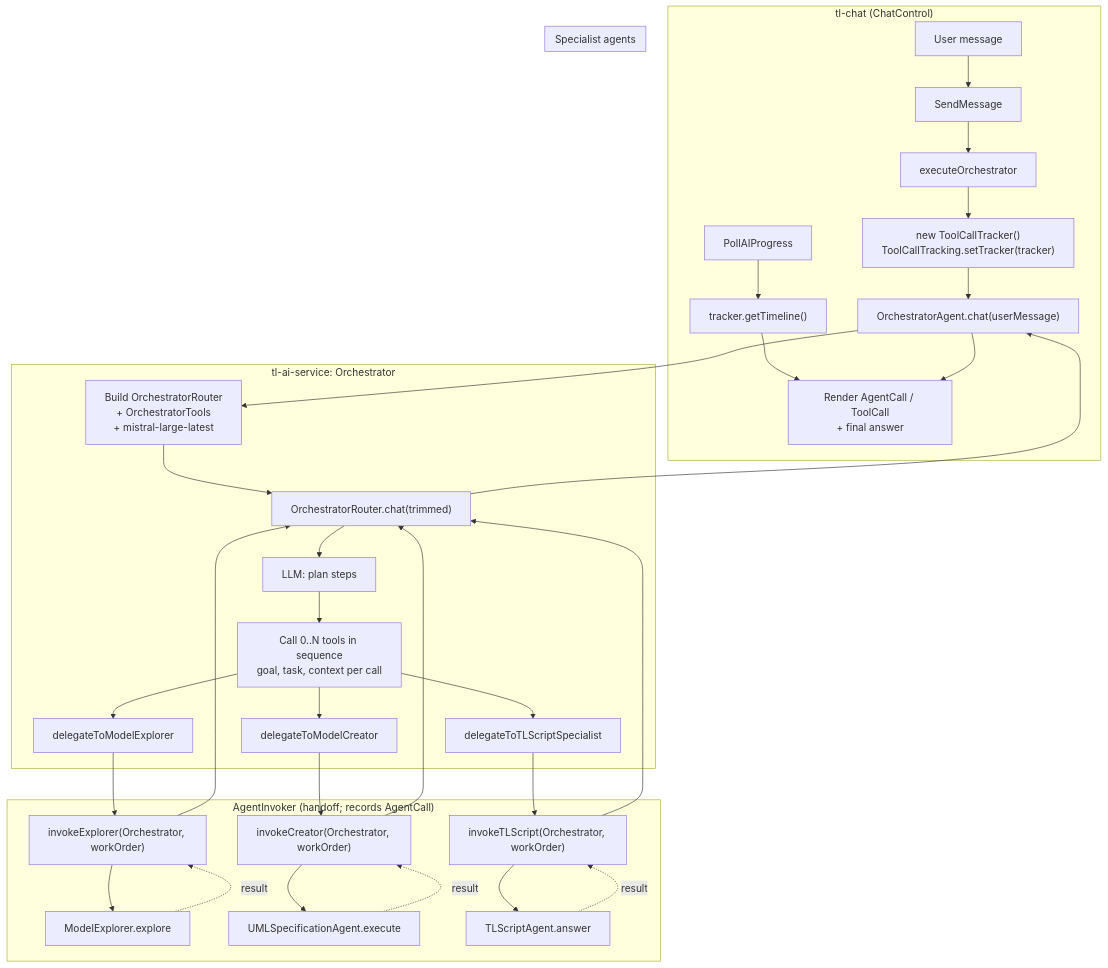
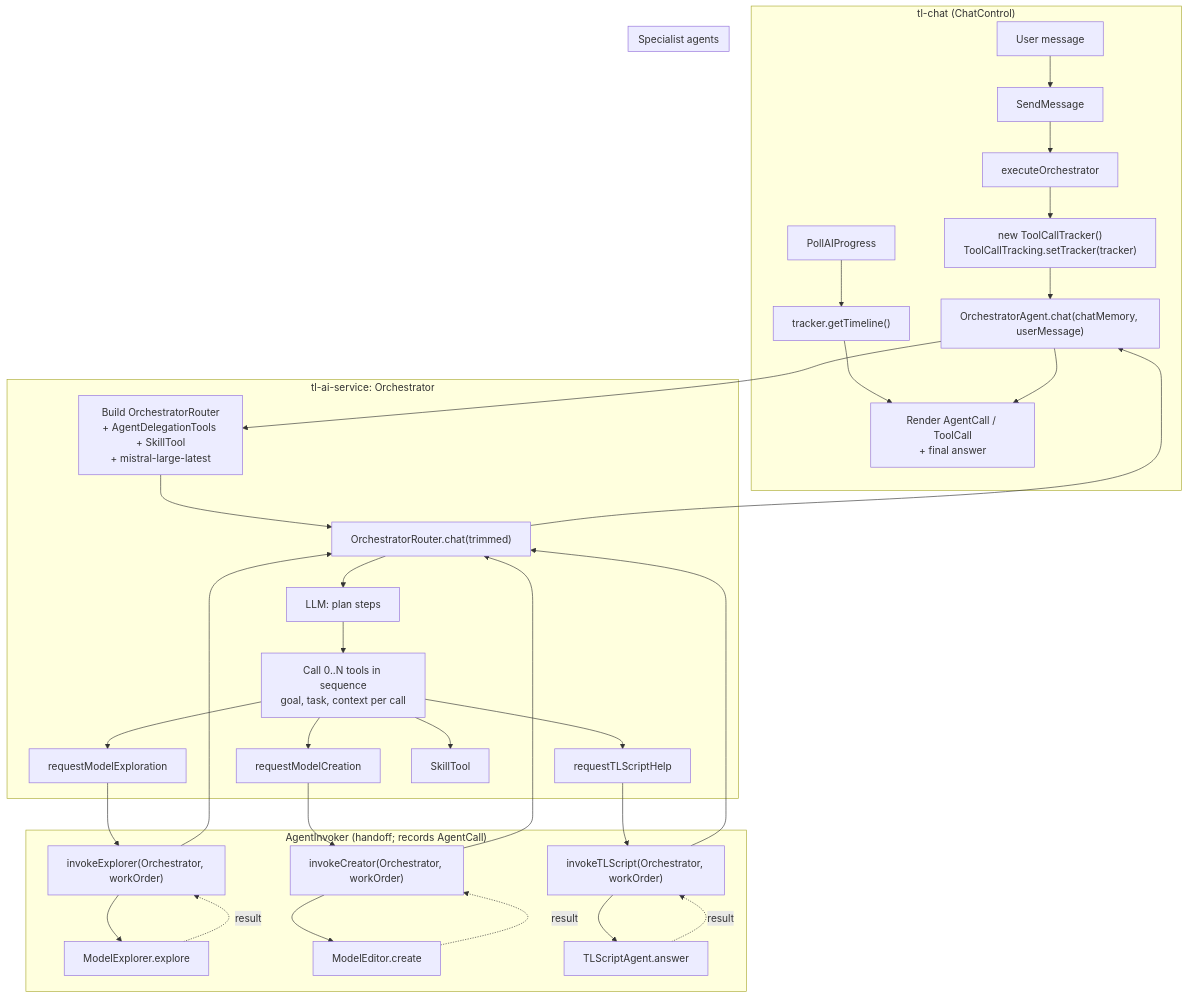
The diagram in tl-ai-service/CLAUDE.md (top-logic/tl-engine), drawn with Mermaid before and after one commit. The commit also changed other lines of this file and 3 other files, not shown here.

````diff
--- a/tl-ai-service/CLAUDE.md
+++ b/tl-ai-service/CLAUDE.md
@@ -26,46 +26,47 @@
 ```mermaid
 flowchart TB
     subgraph UI["tl-chat (ChatControl)"]
         U[User message]
         U --> Send[SendMessage]
         Send --> Exec[executeOrchestrator]
         Exec --> Tracker["new ToolCallTracker()<br/>ToolCallTracking.setTracker(tracker)"]
-        Tracker --> OChat["OrchestratorAgent.chat(userMessage)"]
+        Tracker --> OChat["OrchestratorAgent.chat(chatMemory, userMessage)"]
         Poll["PollAIProgress"] --> Timeline["tracker.getTimeline()"]
         Timeline --> Render["Render AgentCall / ToolCall<br/>+ final answer"]
     end
 
     subgraph Orch["tl-ai-service: Orchestrator"]
-        OChat --> Build["Build OrchestratorRouter<br/>+ OrchestratorTools<br/>+ mistral-large-latest"]
+        OChat --> Build["Build OrchestratorRouter<br/>+ AgentDelegationTools + SkillTool<br/>+ mistral-large-latest"]
         Build --> Router["OrchestratorRouter.chat(trimmed)"]
         Router --> LLM["LLM: plan steps"]
         LLM --> Tool["Call 0..N tools in sequence<br/>goal, task, context per call"]
-        Tool --> T1[delegateToModelExplorer]
-        Tool --> T2[delegateToModelCreator]
-        Tool --> T3[delegateToTLScriptSpecialist]
+        Tool --> T1[requestModelExploration]
+        Tool --> T2[requestModelCreation]
+        Tool --> T3[requestTLScriptHelp]
+        Tool --> T4[SkillTool]
     end
 
     subgraph Invoker["AgentInvoker (handoff; records AgentCall)"]
         T1 --> I1["invokeExplorer(Orchestrator, workOrder)"]
         T2 --> I2["invokeCreator(Orchestrator, workOrder)"]
         T3 --> I3["invokeTLScript(Orchestrator, workOrder)"]
         I1 --> ME
         I2 --> MC
         I3 --> TL
     end
 
     subgraph Specialists["Specialist agents"]
         ME[ModelExplorer.explore]
-        MC[UMLSpecificationAgent.execute]
+        MC[ModelEditor.create]
         TL[TLScriptAgent.answer]
     end
 
     ME -.->|result| I1
     MC -.->|result| I2
     TL -.->|result| I3
     I1 --> Router
     I2 --> Router
     I3 --> Router
     Router --> OChat
     OChat --> Render
 ```
````
